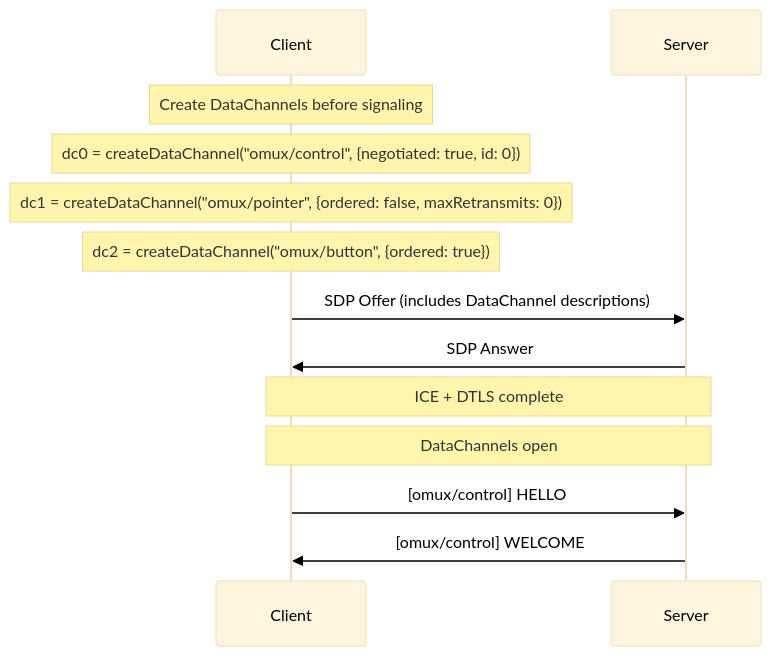
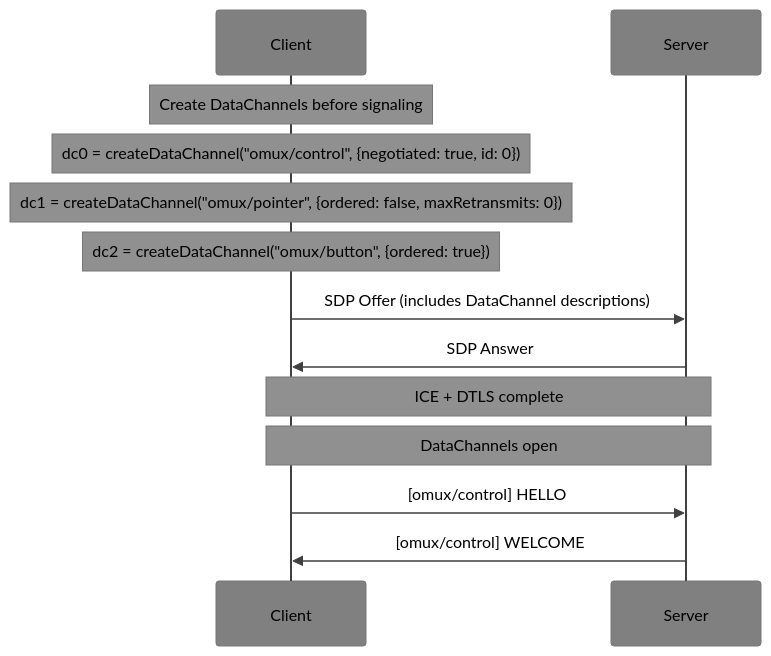
The diagram in docs/xumux-on-webrtc.md (deftai/xumux), drawn with Mermaid before and after one commit. The commit also changed 5 other files, not shown here.

Commit message:
docs: apply grayscale theme to all docs/ mermaid diagrams

````diff
--- a/docs/xumux-on-webrtc.md
+++ b/docs/xumux-on-webrtc.md
@@ -107,19 +107,19 @@
 ```mermaid
-%%{init: {'theme': 'base', 'themeVariables': {'primaryTextColor': '#000', 'lineColor': '#333'}}}%%
+%%{init: {'theme': 'base', 'themeVariables': {'primaryTextColor': '#000000', 'secondaryTextColor': '#000000', 'tertiaryTextColor': '#000000', 'noteTextColor': '#000000', 'primaryColor': '#909090', 'secondaryColor': '#808080', 'tertiaryColor': '#707070', 'lineColor': '#404040', 'actorLineColor': '#404040', 'signalColor': '#404040', 'actorBkg': '#808080', 'actorTextColor': '#000000', 'noteBkgColor': '#909090'}}}%%
 sequenceDiagram
     participant C as Client
     participant S as Server
 
     Note over C: Create DataChannels before signaling
     Note over C: dc0 = createDataChannel("omux/control", {negotiated: true, id: 0})
     Note over C: dc1 = createDataChannel("omux/pointer", {ordered: false, maxRetransmits: 0})
     Note over C: dc2 = createDataChannel("omux/button", {ordered: true})
 
     C->>S: SDP Offer (includes DataChannel descriptions)
     S->>C: SDP Answer
     Note over C,S: ICE + DTLS complete
 
     Note over C,S: DataChannels open
     C->>S: [omux/control] HELLO
     S->>C: [omux/control] WELCOME
 ```
````
